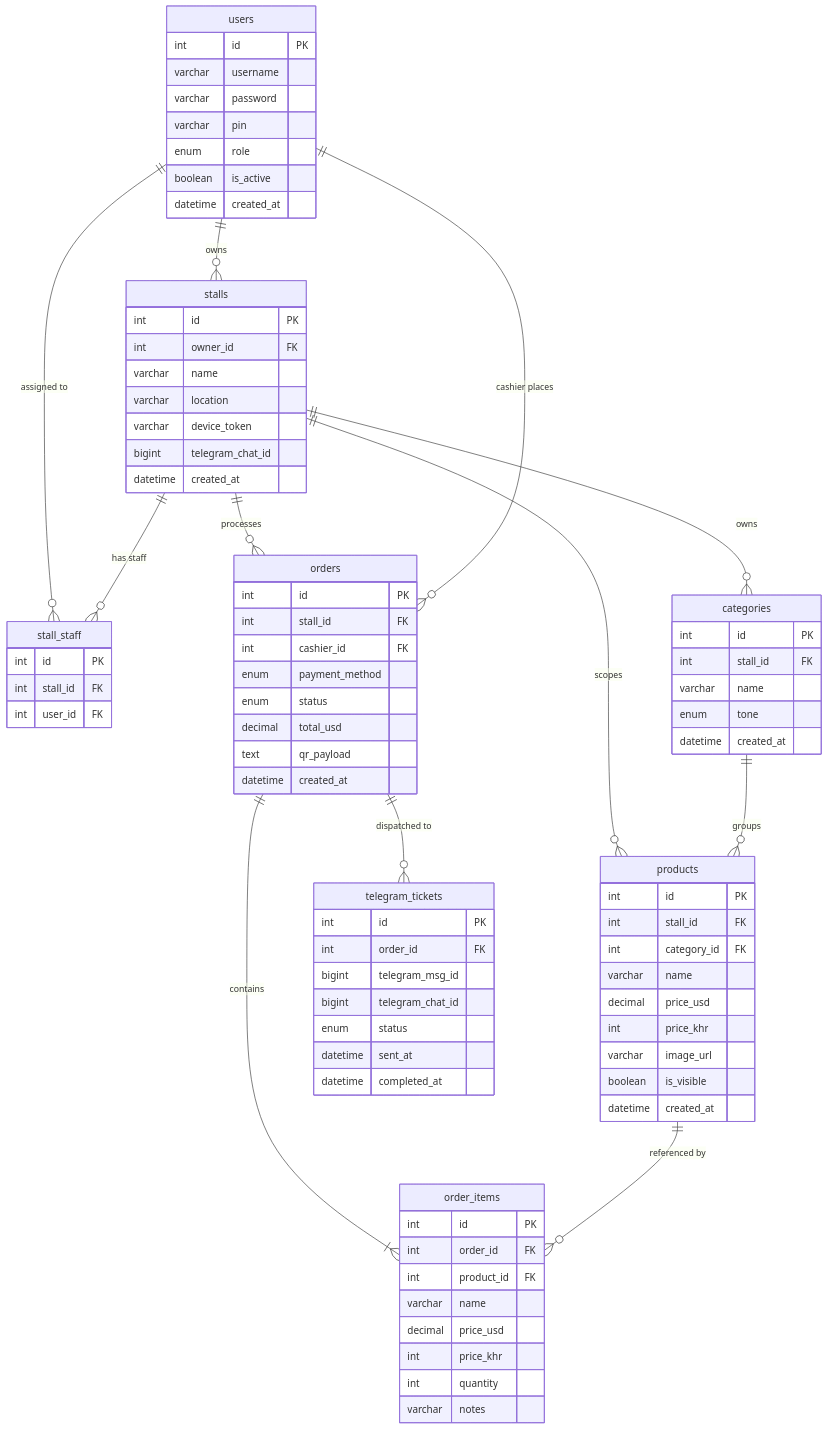
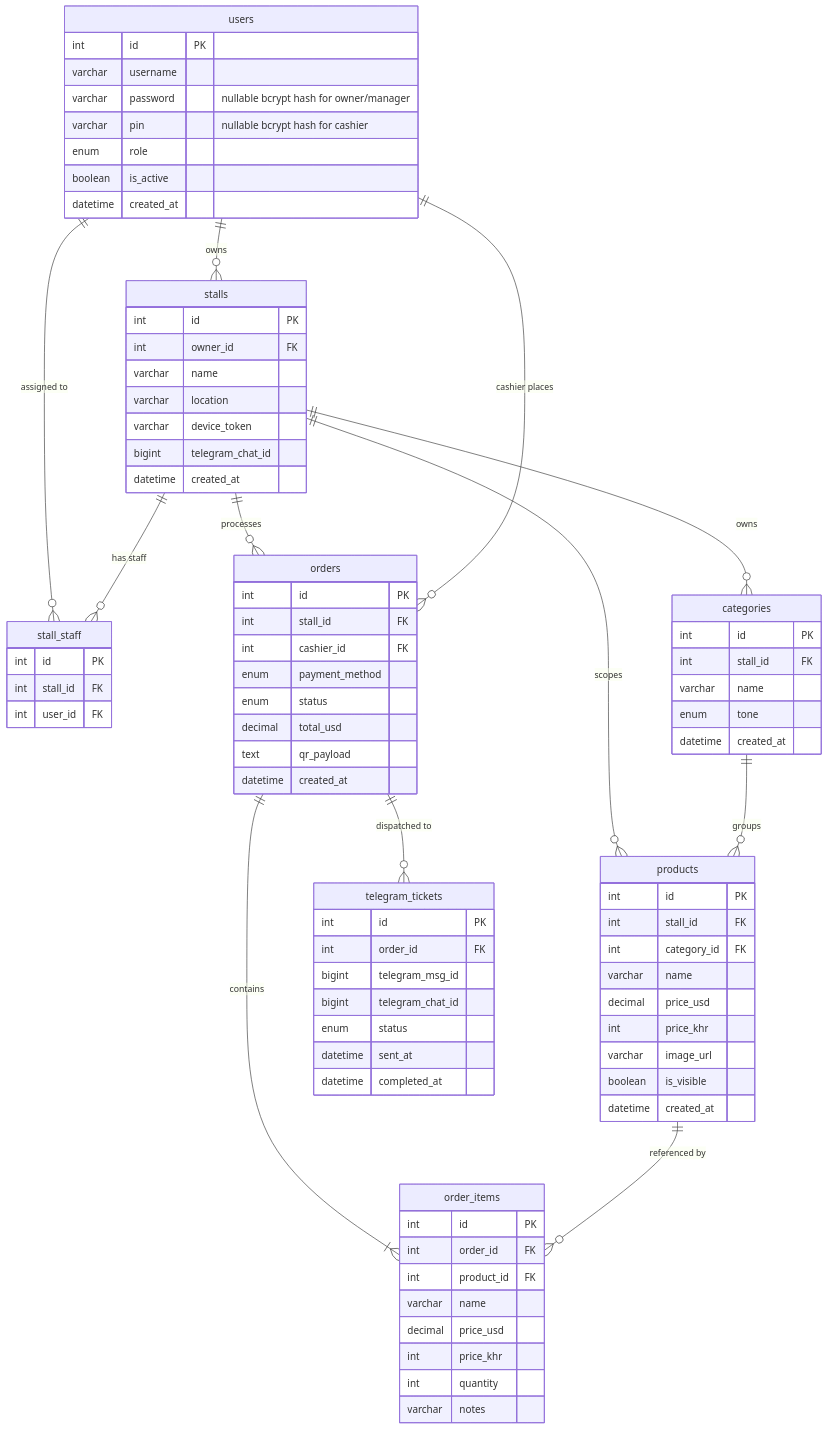
Before and after one commit to sothyvan/TOUB_POS: the diagram in docs/database/erd.md, drawn with Mermaid. The commit also changed other lines of this file and 56 other files, not shown here.

```diff
--- a/docs/database/erd.md
+++ b/docs/database/erd.md
@@ -5,8 +5,8 @@
     users {
         int id PK
         varchar username
-        varchar password
-        varchar pin
+        varchar password "nullable bcrypt hash for owner/manager"
+        varchar pin "nullable bcrypt hash for cashier"
         enum role
         boolean is_active
         datetime created_at
```
